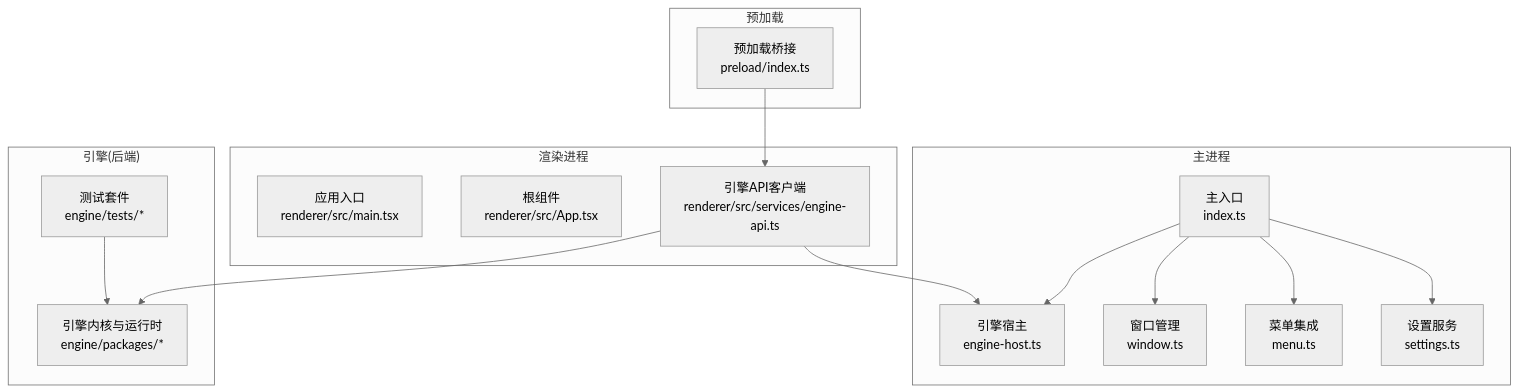
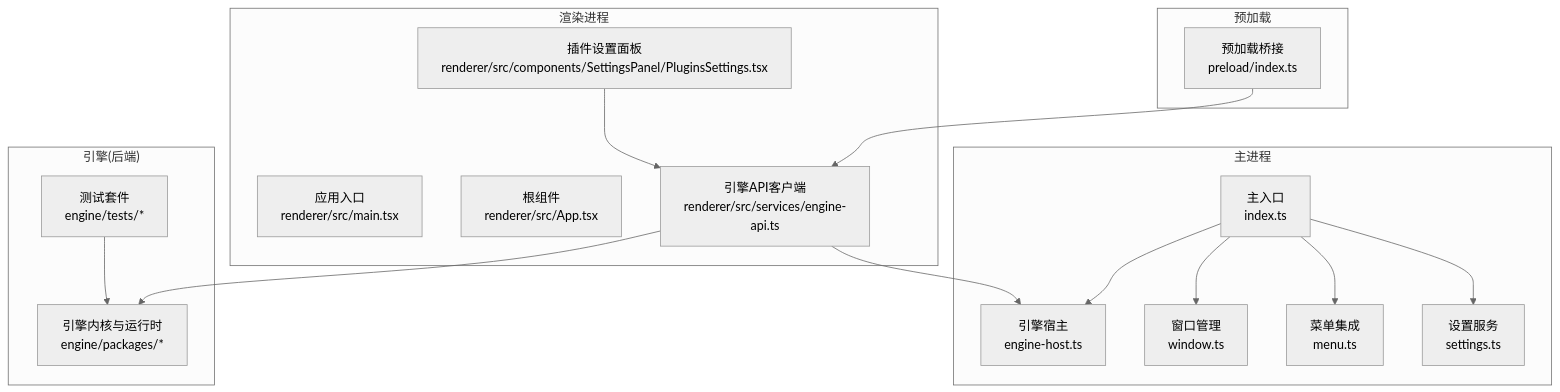
The first of 13 diagrams in .qoder/repowiki/zh/content/扩展开发/插件架构设计.md (kkutysllb/KCoder), drawn with Mermaid (neutral theme) before and after one commit. The commit also changed other lines of this file and 11 other files, not shown here.

````diff
--- a/.qoder/repowiki/zh/content/扩展开发/插件架构设计.md
+++ b/.qoder/repowiki/zh/content/扩展开发/插件架构设计.md
@@ -53,30 +63,32 @@
 ```mermaid
 graph TB
 subgraph "主进程"
 A["主入口<br/>index.ts"]
 B["引擎宿主<br/>engine-host.ts"]
 C["窗口管理<br/>window.ts"]
 D["菜单集成<br/>menu.ts"]
 E["设置服务<br/>settings.ts"]
 end
 subgraph "预加载"
 P["预加载桥接<br/>preload/index.ts"]
 end
 subgraph "渲染进程"
 R1["应用入口<br/>renderer/src/main.tsx"]
 R2["根组件<br/>renderer/src/App.tsx"]
 R3["引擎API客户端<br/>renderer/src/services/engine-api.ts"]
+R4["插件设置面板<br/>renderer/src/components/SettingsPanel/PluginsSettings.tsx"]
 end
 subgraph "引擎(后端)"
 ENG["引擎内核与运行时<br/>engine/packages/*"]
 TST["测试套件<br/>engine/tests/*"]
 end
 A --> B
 A --> C
 A --> D
 A --> E
 P --> R3
 R3 --> B
 R3 --> ENG
+R4 --> R3
 TST --> ENG
 ```
````
